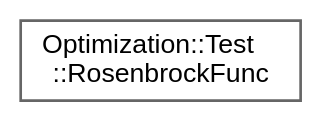
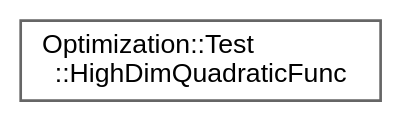
Before and after one commit to jswoo0615/Algorithms_for_Optimization_cpp: the diagram in inherit_graph_12.dot, drawn with Graphviz. The commit also changed 45 other files, not shown here.

```diff
--- a/inherit_graph_12.dot
+++ b/inherit_graph_12.dot
@@ -1,9 +1,9 @@
 digraph "Graphical Class Hierarchy"
 {
  // LATEX_PDF_SIZE
   bgcolor="transparent";
   edge [fontname=Helvetica,fontsize=10,labelfontname=Helvetica,labelfontsize=10];
   node [fontname=Helvetica,fontsize=10,shape=box,height=0.2,width=0.4];
   rankdir="LR";
-  Node0 [id="Node000000",label="Optimization::Test\l::RosenbrockFunc",height=0.2,width=0.4,color="grey40", fillcolor="white", style="filled",URL="$structOptimization_1_1Test_1_1RosenbrockFunc.html",tooltip=" "];
+  Node0 [id="Node000000",label="Optimization::Test\l::HighDimQuadraticFunc",height=0.2,width=0.4,color="grey40", fillcolor="white", style="filled",URL="$structOptimization_1_1Test_1_1HighDimQuadraticFunc.html",tooltip=" "];
 }
```
